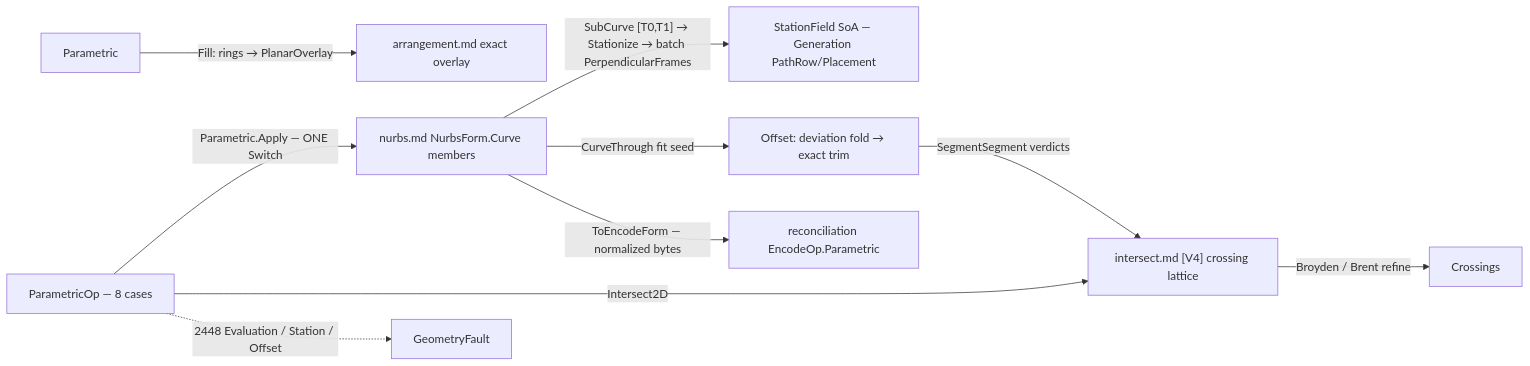
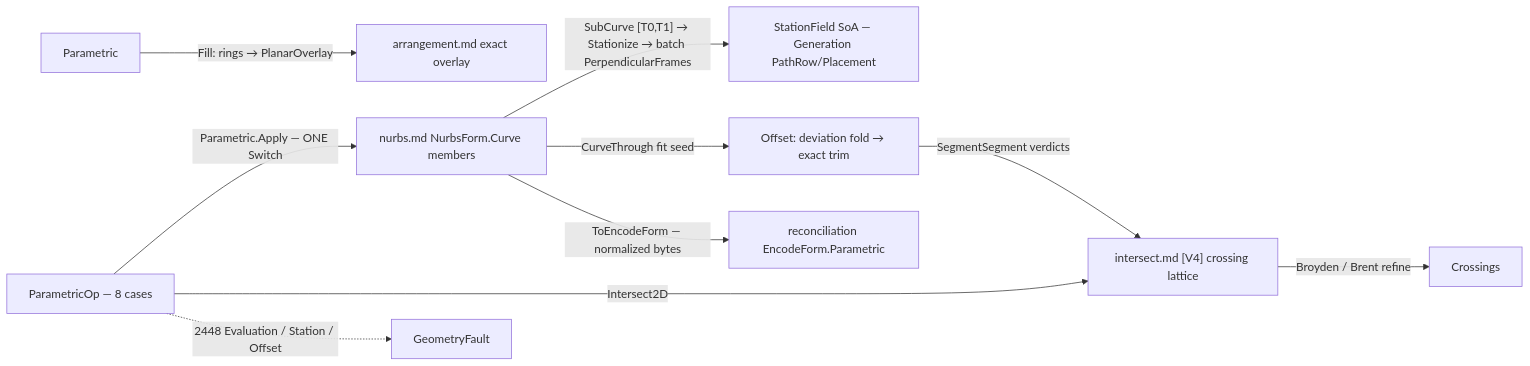
One commit to bsamiee/Rasm changed the diagram in libs/csharp/Rasm/.planning/Parametric/curve.md. Above: the diagram before and after it, drawn with Mermaid. The commit also changed other lines of this file and 68 other files, not shown here.

````diff
--- a/libs/csharp/Rasm/.planning/Parametric/curve.md
+++ b/libs/csharp/Rasm/.planning/Parametric/curve.md
@@ -274,12 +274,12 @@
 ```mermaid
 flowchart LR
     Op["ParametricOp — 8 cases"] -->|"Parametric.Apply — ONE Switch"| Engine["nurbs.md NurbsForm.Curve members"]
     Engine -->|"SubCurve [T0,T1] → Stationize → batch PerpendicularFrames"| Wire["StationField SoA — Generation PathRow/Placement"]
     Engine -->|"CurveThrough fit seed"| Offset["Offset: deviation fold → exact trim"]
     Offset -->|"SegmentSegment verdicts"| Lattice["intersect.md [V4] crossing lattice"]
     Op -->|"Intersect2D"| Lattice
     Lattice -->|"Broyden / Brent refine"| Crossings
     Parametric -->|"Fill: rings → PlanarOverlay"| Arrangement["arrangement.md exact overlay"]
-    Engine -->|"ToEncodeForm — normalized bytes"| Identity["reconciliation EncodeOp.Parametric"]
+    Engine -->|"ToEncodeForm — normalized bytes"| Identity["reconciliation EncodeForm.Parametric"]
     Op -.->|"2448 Evaluation / Station / Offset"| GeometryFault
 ```
````
